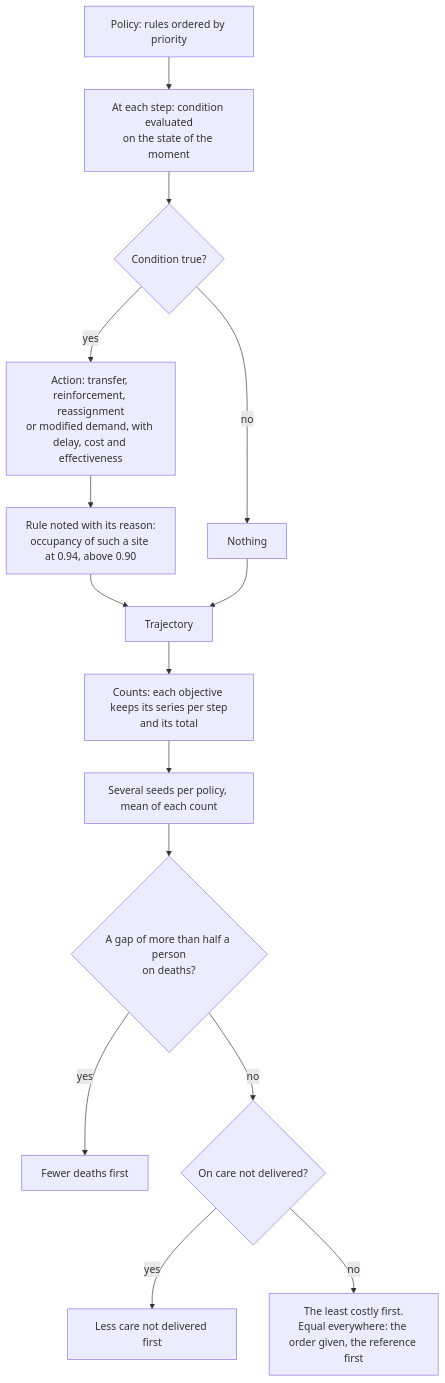
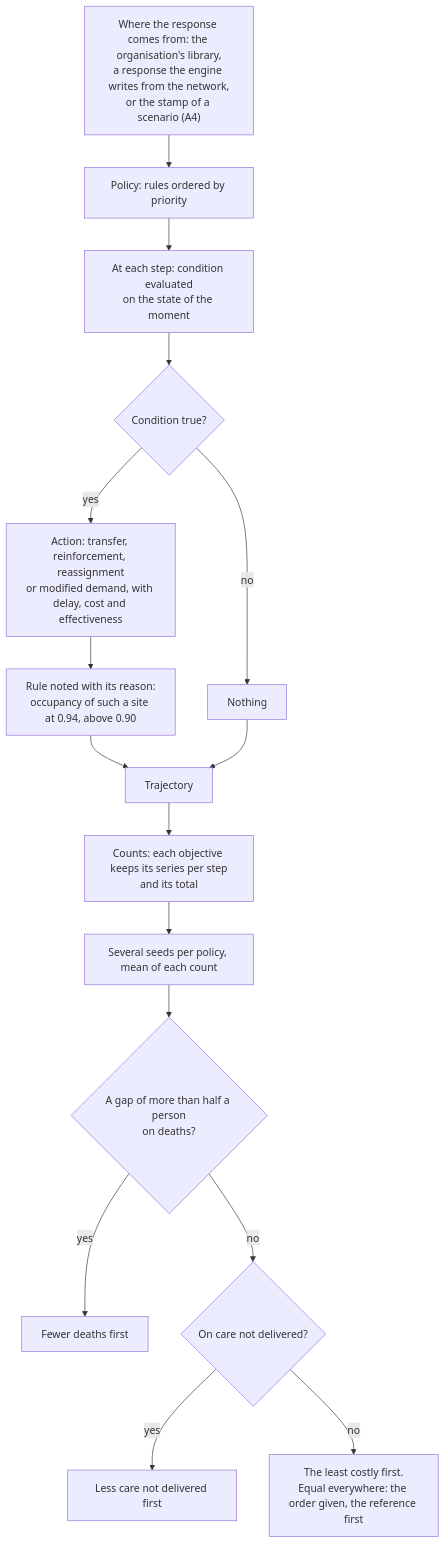
Diagram 17 of 33 in frontend/content/docs/product/algorithms.md (V1ktor7/obscyro), drawn with Mermaid before and after one commit. The commit also changed other lines of this file and 35 other files, not shown here.

````diff
--- a/frontend/content/docs/product/algorithms.md
+++ b/frontend/content/docs/product/algorithms.md
@@ -647,17 +663,18 @@
 ```mermaid
 flowchart TD
+    A0["Where the response comes from: the organisation's library,<br/>a response the engine writes from the network,<br/>or the stamp of a scenario (A4)"] --> A
     A["Policy: rules ordered by priority"] --> B["At each step: condition evaluated<br/>on the state of the moment"]
     B --> C{"Condition true?"}
     C -->|"yes"| D["Action: transfer, reinforcement, reassignment<br/>or modified demand, with delay, cost and effectiveness"]
     C -->|"no"| E["Nothing"]
     D --> F["Rule noted with its reason:<br/>occupancy of such a site at 0.94, above 0.90"]
     F --> G["Trajectory"]
     E --> G
     G --> H["Counts: each objective keeps its series per step<br/>and its total"]
     H --> I["Several seeds per policy, mean of each count"]
     I --> J{"A gap of more than half a person<br/>on deaths?"}
     J -->|"yes"| K["Fewer deaths first"]
     J -->|"no"| L{"On care not delivered?"}
     L -->|"yes"| M["Less care not delivered first"]
     L -->|"no"| N["The least costly first.<br/>Equal everywhere: the order given, the reference first"]
 ```
````
